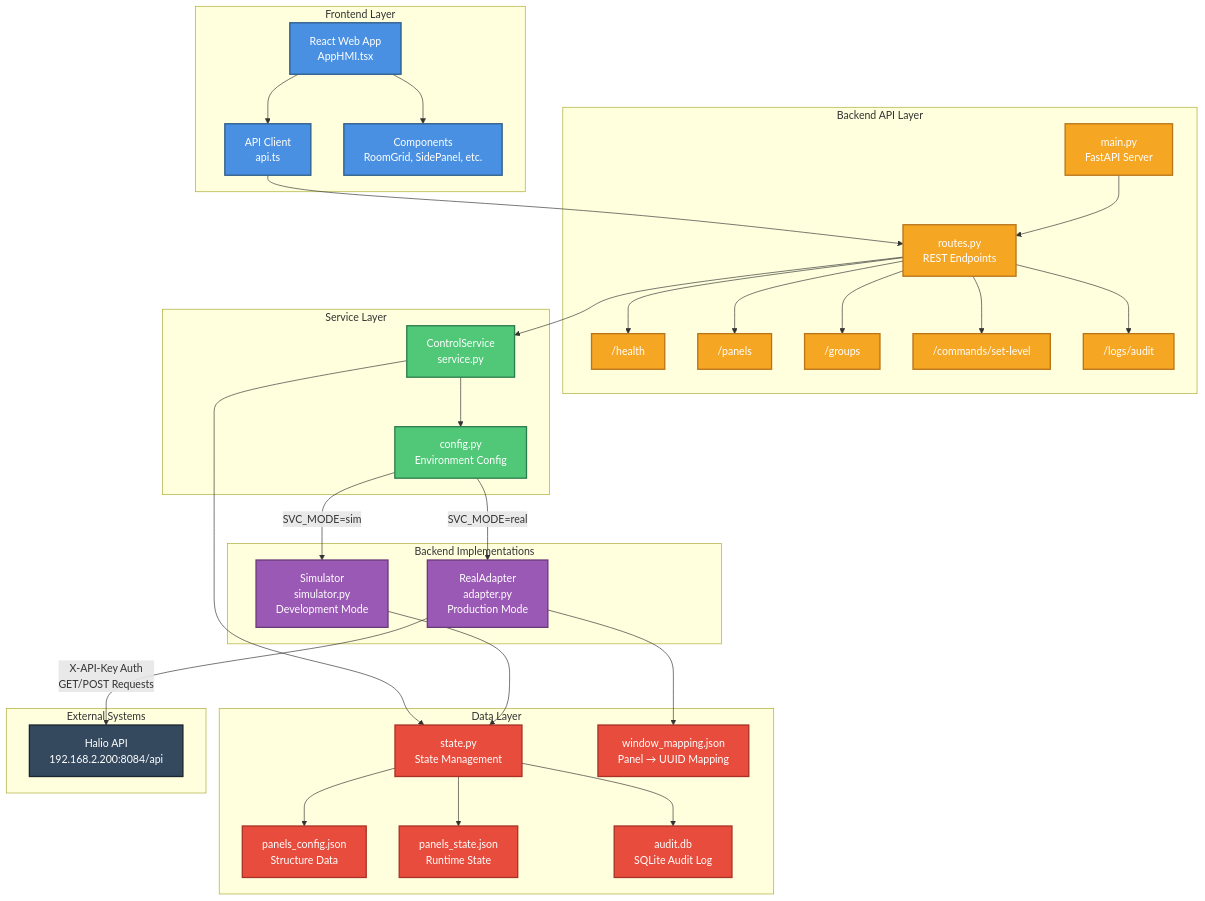
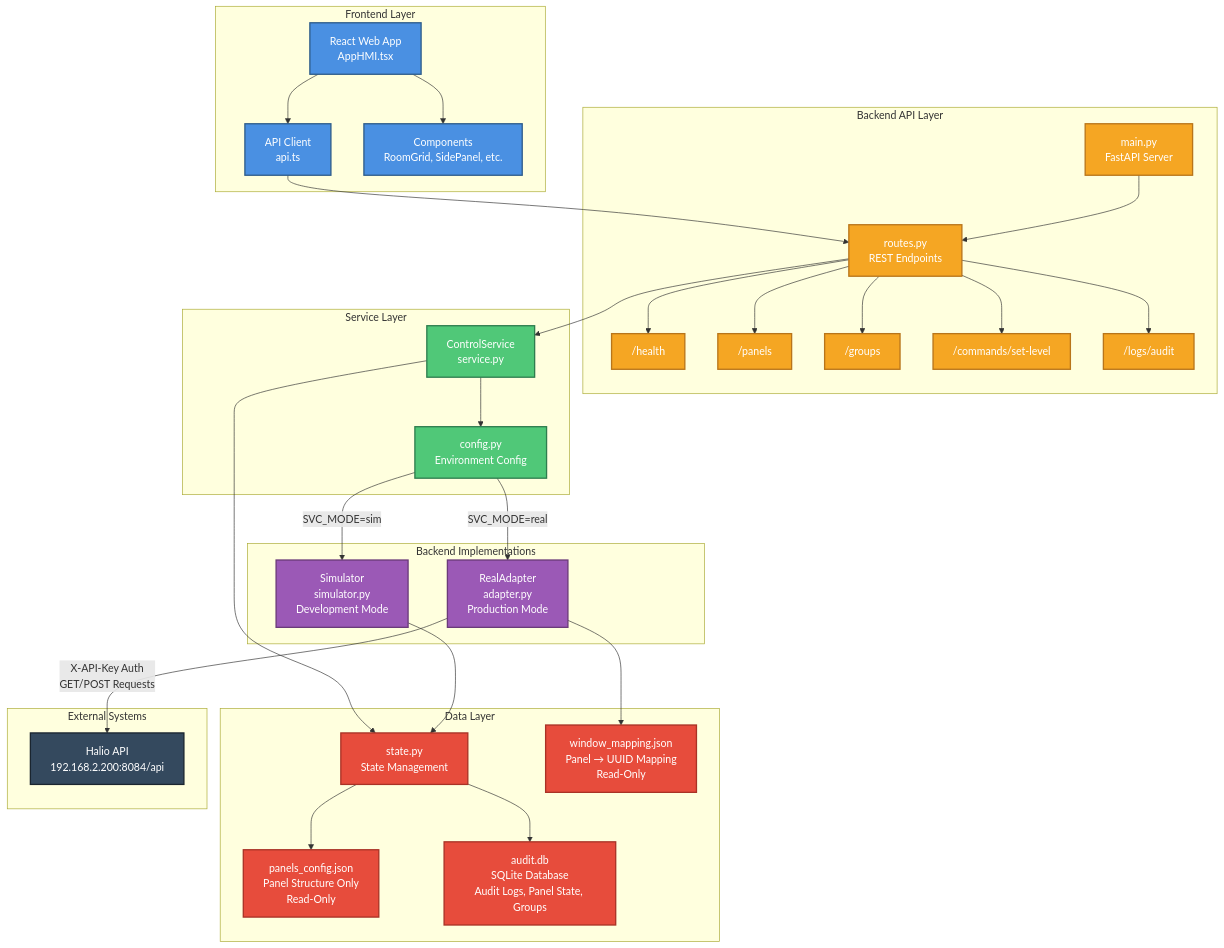
Before and after one commit to radiantlab/GlazingControlApp: the diagram in docs/architectureDiagram.md, drawn with Mermaid. The commit also changed other lines of this file and 10 other files, not shown here.

````diff
--- a/docs/architectureDiagram.md
+++ b/docs/architectureDiagram.md
@@ -30,10 +30,9 @@
 
     subgraph "Data Layer"
         STATE[state.py<br/>State Management]
-        CONFIG_FILE[panels_config.json<br/>Structure Data]
-        STATE_FILE[panels_state.json<br/>Runtime State]
-        AUDIT_DB[audit.db<br/>SQLite Audit Log]
-        MAPPING[window_mapping.json<br/>Panel → UUID Mapping]
+        CONFIG_FILE[panels_config.json<br/>Panel Structure Only<br/>Read-Only]
+        AUDIT_DB[audit.db<br/>SQLite Database<br/>Audit Logs, Panel State, Groups]
+        MAPPING[window_mapping.json<br/>Panel → UUID Mapping<br/>Read-Only]
     end
 
     subgraph "External Systems"
@@ -63,7 +62,6 @@
     SERVICE --> STATE
     SIM --> STATE
     STATE --> CONFIG_FILE
-    STATE --> STATE_FILE
     STATE --> AUDIT_DB
     ADAPTER --> MAPPING
 
@@ -82,6 +80,6 @@
     class MAIN,ROUTES,HEALTH,PANELS,GROUPS,COMMANDS,AUDIT api
     class SERVICE,CONFIG service
     class SIM,ADAPTER backend
-    class STATE,CONFIG_FILE,STATE_FILE,AUDIT_DB,MAPPING data
+    class STATE,CONFIG_FILE,AUDIT_DB,MAPPING data
     class HALIO_API external
 ```
````
